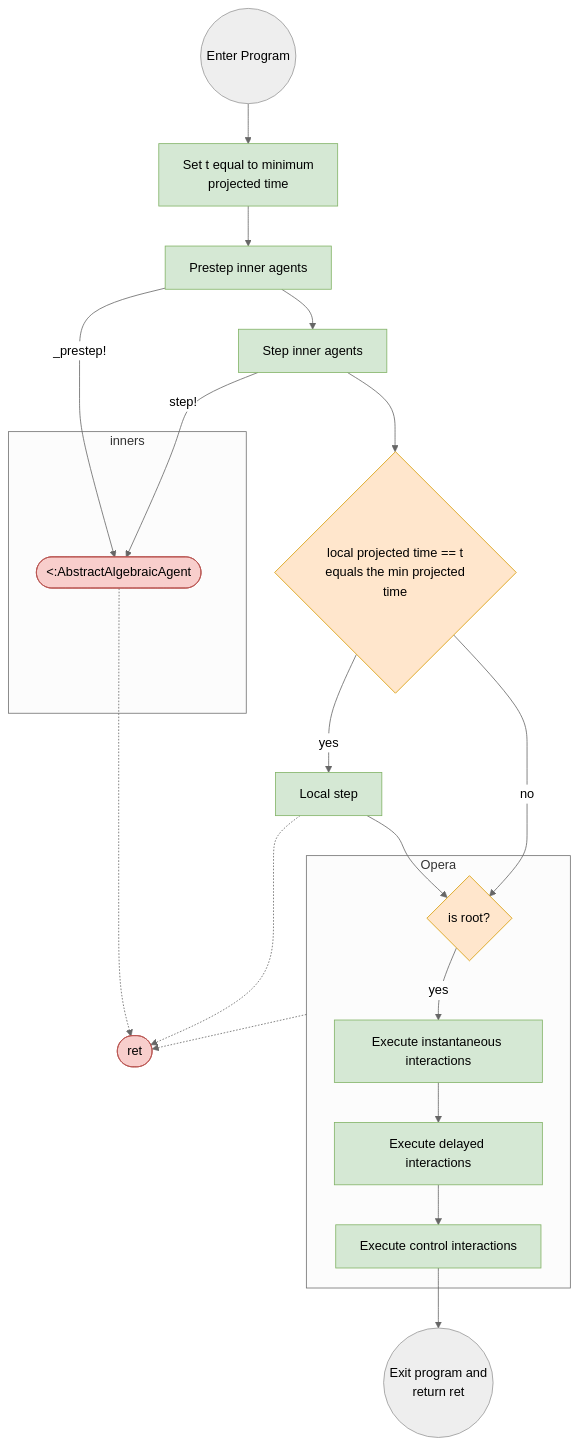
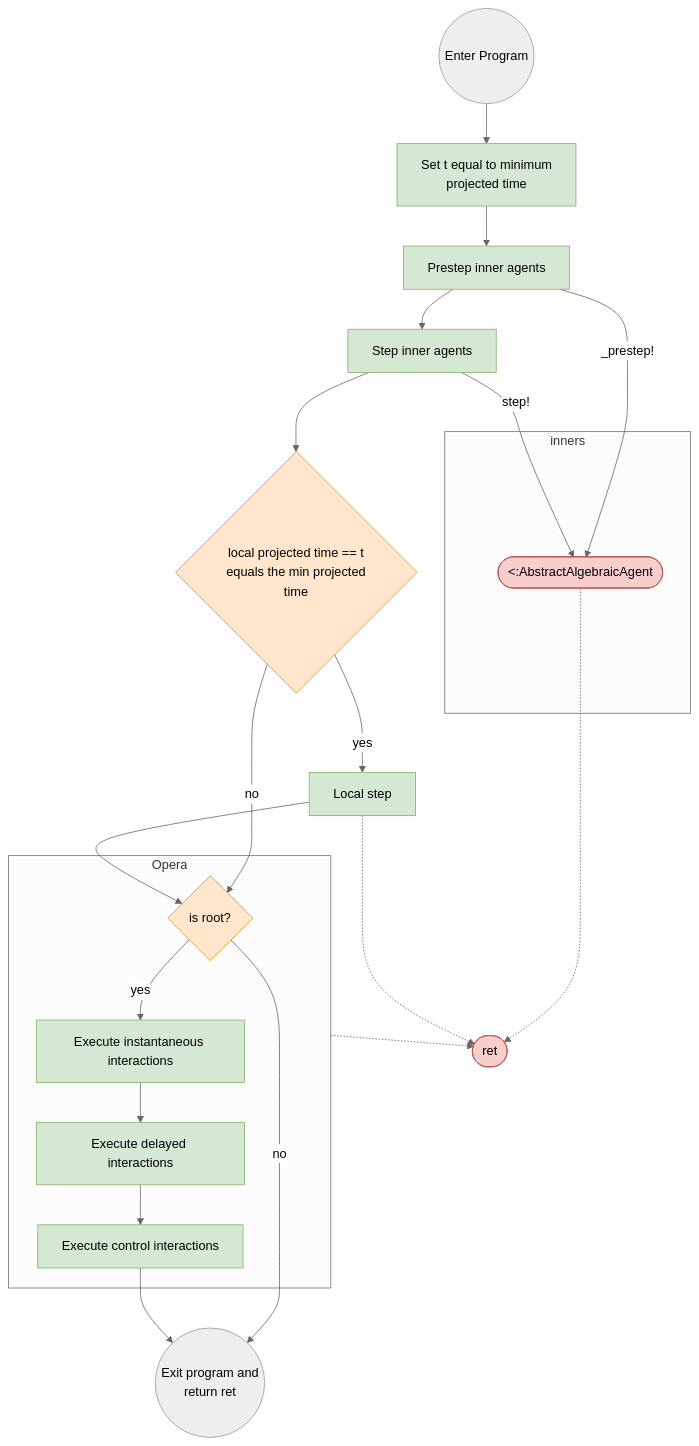
The diagram in docs/src/design.md (Merck/AlgebraicAgents.jl), drawn with Mermaid (neutral theme) before and after one commit.

Commit message:
missing edge

````diff
--- a/docs/src/design.md
+++ b/docs/src/design.md
@@ -19,45 +19,47 @@
 ```mermaid
 flowchart TD
 
     Start((Enter Program))-->Project[Set t equal to minimum \n projected time]:::GreenNode
 
     Project-->PreWalk[Prestep inner agents]:::GreenNode
 
     PreWalk -->|_prestep!| Inners([<:AbstractAlgebraicAgent]):::RedNode
     
     PreWalk --> Step[Step inner agents]:::GreenNode
 
     Step -->|step!| Inners
 
     subgraph inners
     Inners
     end
 
     Ret([ret]):::RedNode
 
     Inners -.-> Ret
 
     Step --> LocalDecision{local projected time == t\n equals the min projected time}:::YellowNode
 
     LocalDecision -->|yes| LocalStep[Local step]:::GreenNode
     LocalDecision -->|no| RootDecision{is root?}:::YellowNode
 
     LocalStep -.-> Ret
 
     LocalStep --> RootDecision
 
     subgraph Opera
 
     RootDecision -->|yes| InstantOpera[Execute instantaneous interactions]:::GreenNode
     InstantOpera --> FutureOpera[Execute delayed interactions]:::GreenNode
     FutureOpera --> ControlOpera[Execute control interactions]:::GreenNode
     end
 
     Opera -.-> Ret
 
+    RootDecision -->|no| Stop
+
     ControlOpera --> Stop((Exit program and\n return ret))
 
     classDef GreenNode fill:#D5E8D4,stroke:#82B366;
     classDef RedNode fill:#F8CECC,stroke:#B85450;
     classDef YellowNode fill:#FFE6CC,stroke:#D79B00;
 ```
````
